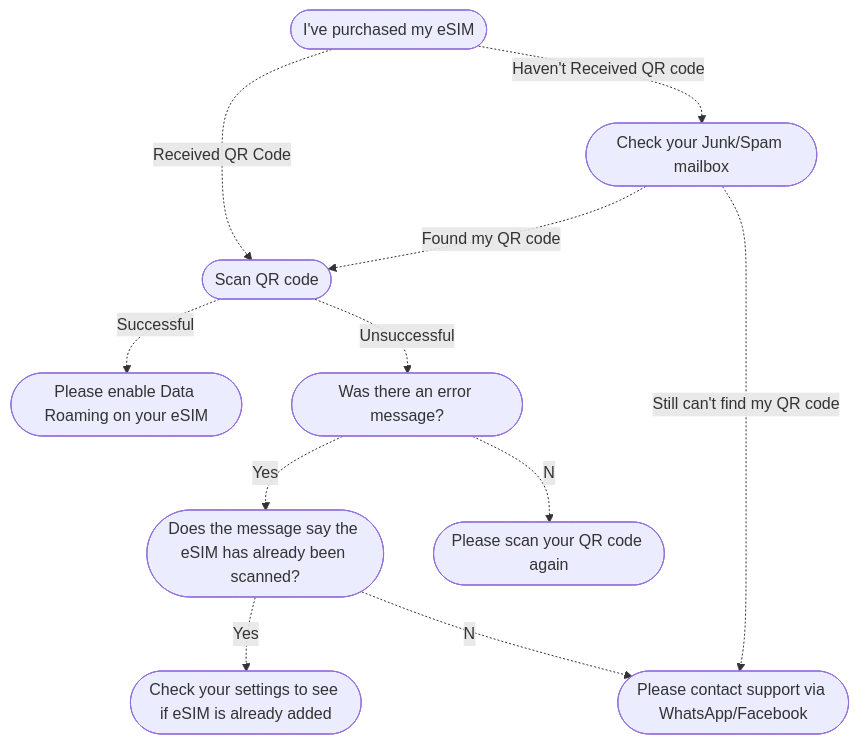
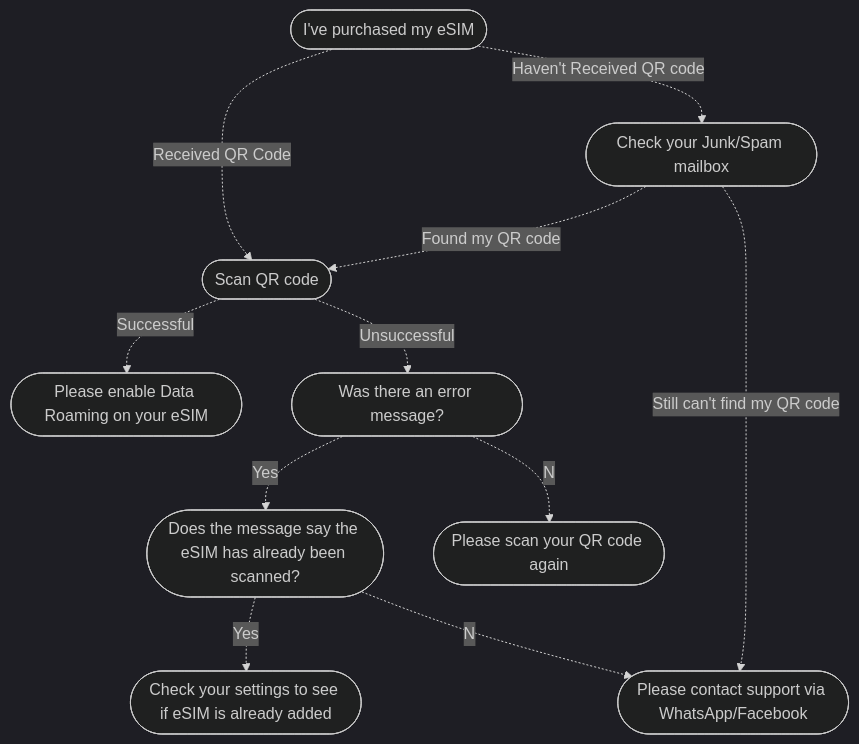
Before and after one commit to northsim/northsim-faq: the diagram in docs/Japan.md, drawn with Mermaid.

````diff
--- a/docs/Japan.md
+++ b/docs/Japan.md
@@ -256,14 +256,14 @@
 ```mermaid
-
+%%{init: {'theme':'dark'}}%%
 flowchart TD;
     A([I've purchased my eSIM]) -.Received QR Code.->  B([Scan QR code]);
     A-.Haven't Received QR code.->B1([Check your Junk/Spam mailbox]);
     B1-.Found my QR code.->B;
     B1-.Still can't find my QR code.->G;
     B-.Successful.->C([Please enable Data Roaming on your eSIM]);
     B-.Unsuccessful.->D([Was there an error message?]);
     D-.Yes.->E([Does the message say the eSIM has already been scanned?]);
     E-.Yes.->F([Check your settings to see if eSIM is already added]);
     E-.No.->G([Please contact support via WhatsApp/Facebook]);
     D-.No.->H([Please scan your QR code again]);
 ```
````
